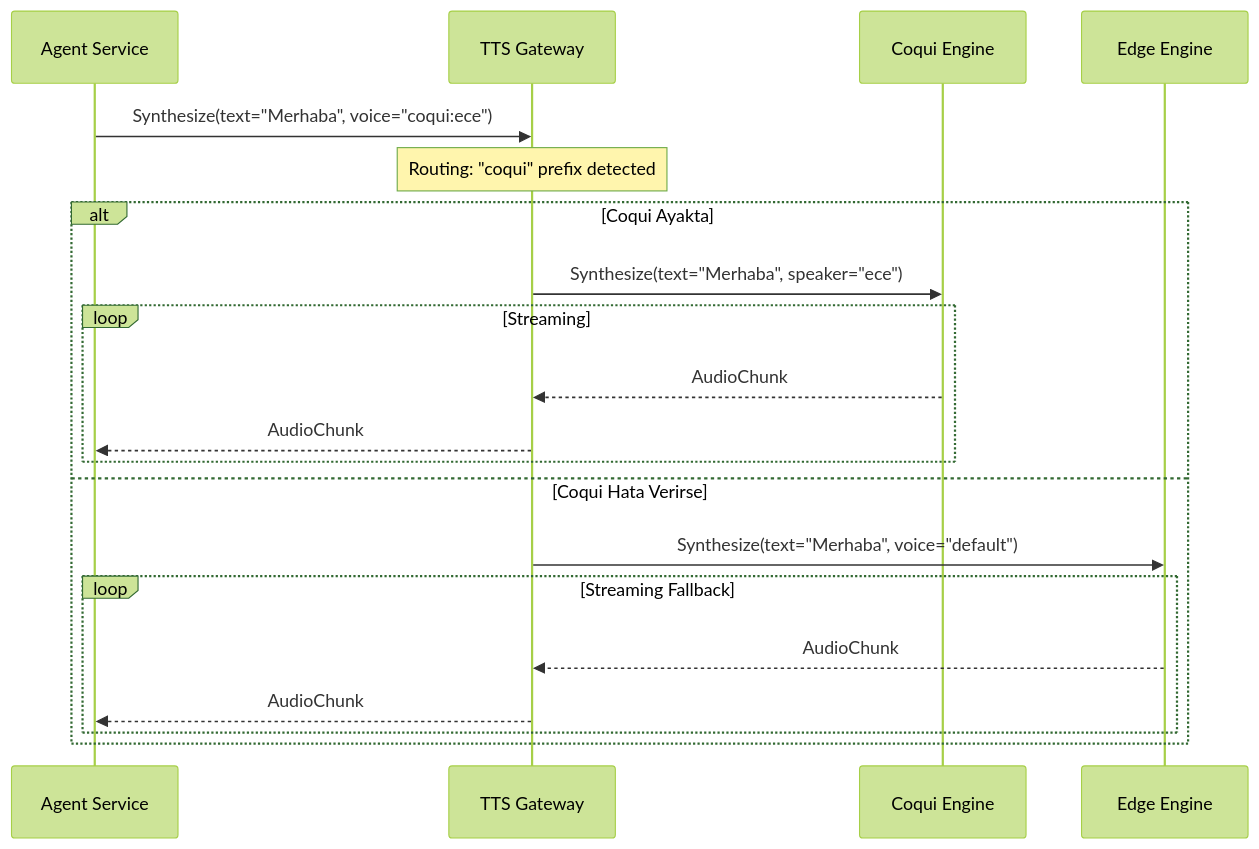
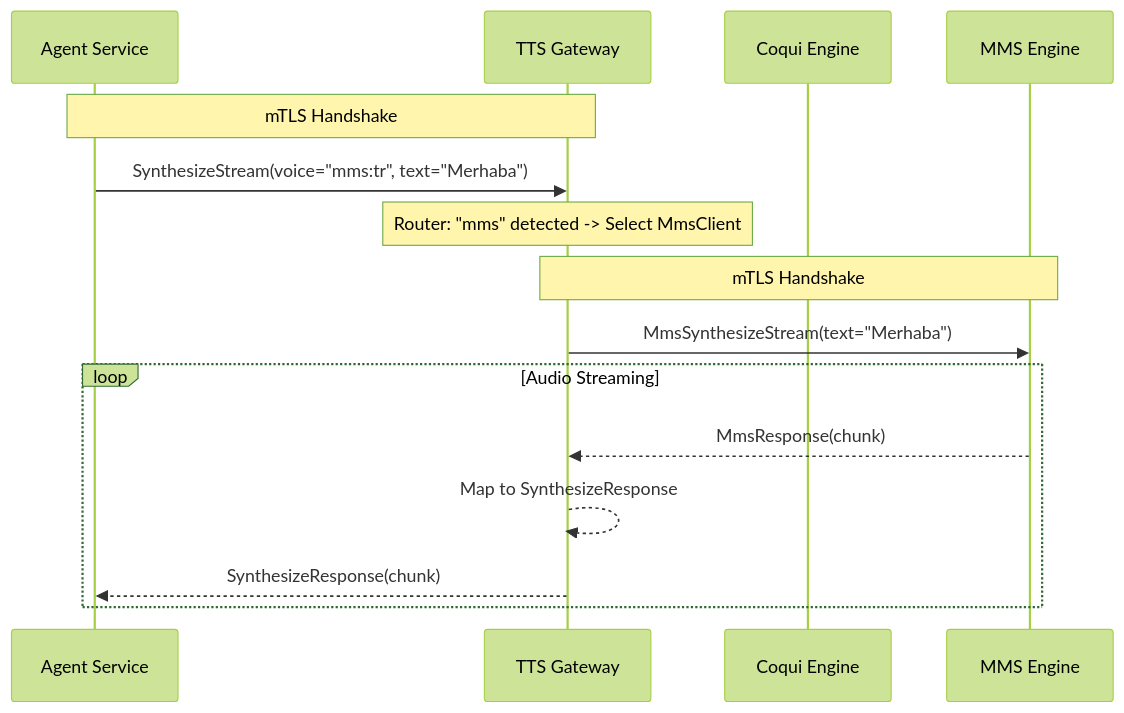
Before and after one commit to sentiric/sentiric-tts-gateway-service: the diagram in LOGIC.md, drawn with Mermaid (forest theme). The commit also changed other lines of this file and 2 other files, not shown here.

First line of the commit message:
docs(tts-gateway): update docs for mTLS and multi-engine routing

````diff
--- a/LOGIC.md
+++ b/LOGIC.md
@@ -30,25 +17,21 @@
 ```mermaid
 sequenceDiagram
     participant Client as Agent Service
     participant GW as TTS Gateway
     participant Coqui as Coqui Engine
-    participant Edge as Edge Engine
+    participant MMS as MMS Engine
 
-    Client->>GW: Synthesize(text="Merhaba", voice="coqui:ece")
+    Note over Client, GW: mTLS Handshake
+    Client->>GW: SynthesizeStream(voice="mms:tr", text="Merhaba")
     
-    note over GW: Routing: "coqui" prefix detected
+    Note over GW: Router: "mms" detected -> Select MmsClient
+    Note over GW, MMS: mTLS Handshake
     
-    alt Coqui Ayakta
-        GW->>Coqui: Synthesize(text="Merhaba", speaker="ece")
-        loop Streaming
-            Coqui-->>GW: AudioChunk
-            GW-->>Client: AudioChunk
-        end
-    else Coqui Hata Verirse
-        GW->>Edge: Synthesize(text="Merhaba", voice="default")
-        loop Streaming Fallback
-            Edge-->>GW: AudioChunk
-            GW-->>Client: AudioChunk
-        end
+    GW->>MMS: MmsSynthesizeStream(text="Merhaba")
+    
+    loop Audio Streaming
+        MMS-->>GW: MmsResponse(chunk)
+        GW-->>GW: Map to SynthesizeResponse
+        GW-->>Client: SynthesizeResponse(chunk)
     end
 ```
````
